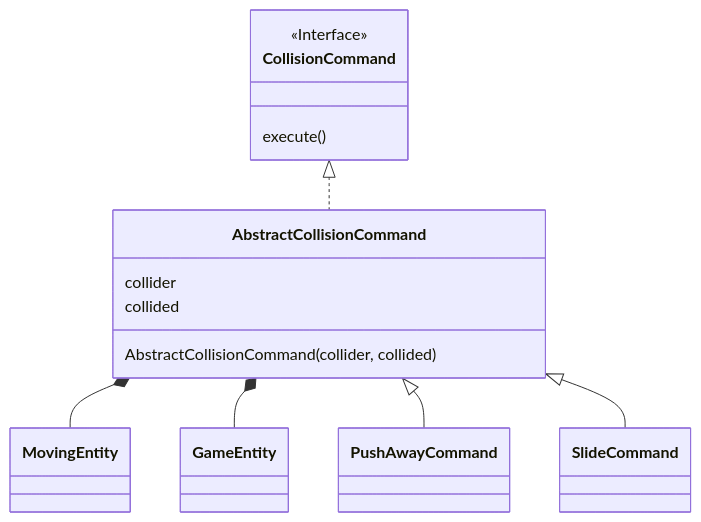
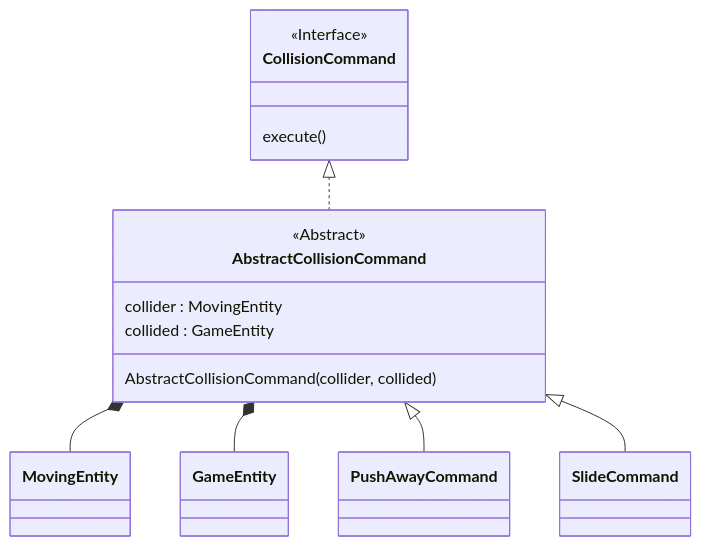
One commit to frabitta/OOP23-gfight changed diagram 20 of 21 in report.md. Above: the diagram before and after it, drawn with Mermaid. The commit also changed other lines of this file, not shown here.

````diff
--- a/report.md
+++ b/report.md
@@ -747,20 +747,21 @@
 ```mermaid
 classDiagram
   CollisionCommand <|.. AbstractCollisionCommand
   AbstractCollisionCommand *-- MovingEntity
   AbstractCollisionCommand *-- GameEntity
   AbstractCollisionCommand <|-- PushAwayCommand
   AbstractCollisionCommand <|-- SlideCommand
 
   <<Interface>> CollisionCommand
 
   class CollisionCommand{
     execute()
   }
 
   class AbstractCollisionCommand{
-    collider
-    collided
+    <<Abstract>>
+    collider : MovingEntity
+    collided : GameEntity
     AbstractCollisionCommand(collider, collided)
   }
 ```
````
